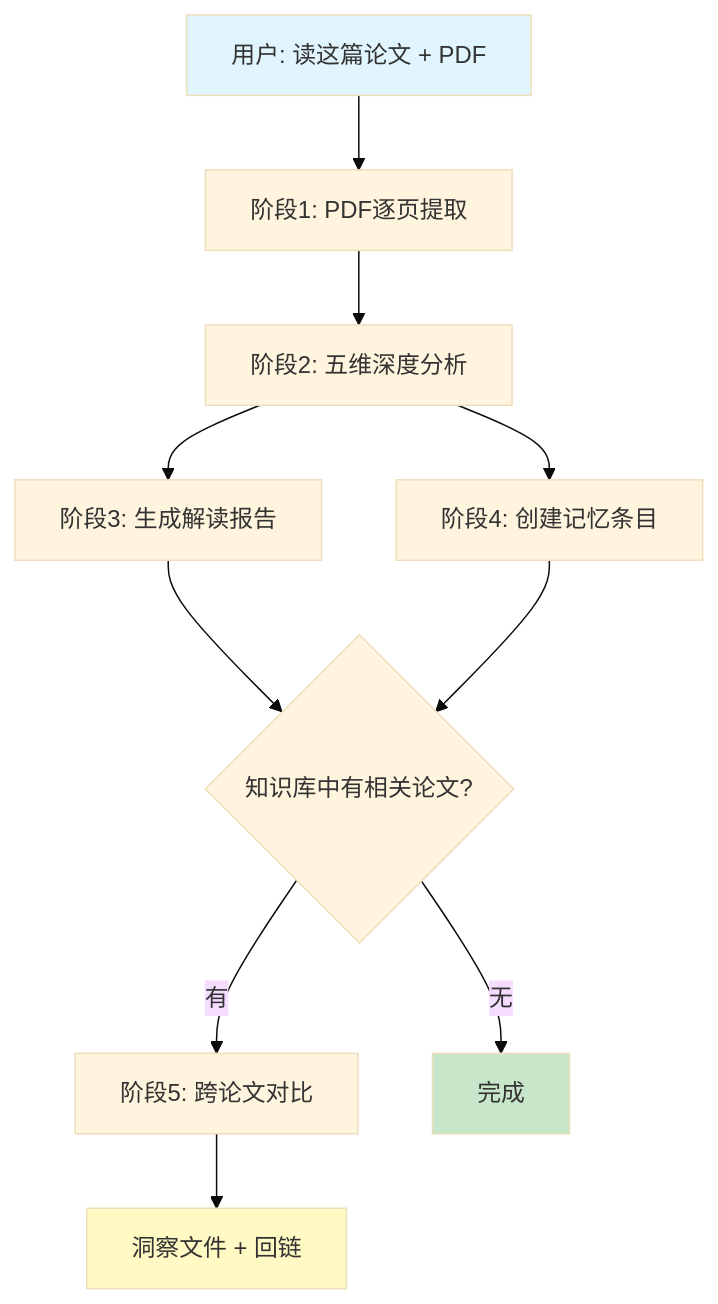
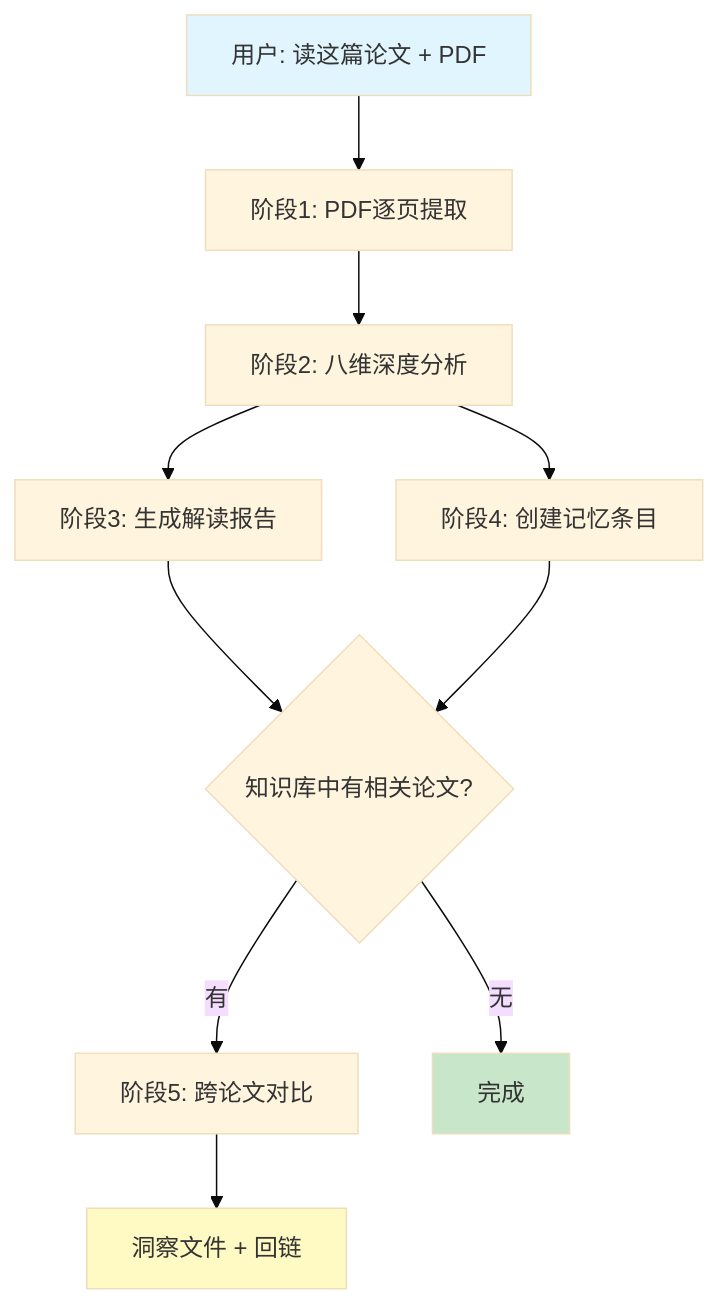
The diagram in README_CN.md (huyang51/deep_read_paper_skill), drawn with Mermaid (base theme) before and after one commit. The commit also changed other lines of this file and 10 other files, not shown here.

````diff
--- a/README_CN.md
+++ b/README_CN.md
@@ -49,16 +49,16 @@
 ```mermaid
 graph TD
     A["用户: 读这篇论文 + PDF"] --> B["阶段1: PDF逐页提取"]
-    B --> C["阶段2: 五维深度分析"]
+    B --> C["阶段2: 八维深度分析"]
     C --> D["阶段3: 生成解读报告"]
     C --> E["阶段4: 创建记忆条目"]
     D --> F{"知识库中有相关论文?"}
     E --> F
     F -->|"有"| G["阶段5: 跨论文对比"]
     F -->|"无"| H["完成"]
     G --> I["洞察文件 + 回链"]
 
     style A fill:#e1f5fe
     style H fill:#c8e6c9
     style I fill:#fff9c4
 ```
````
